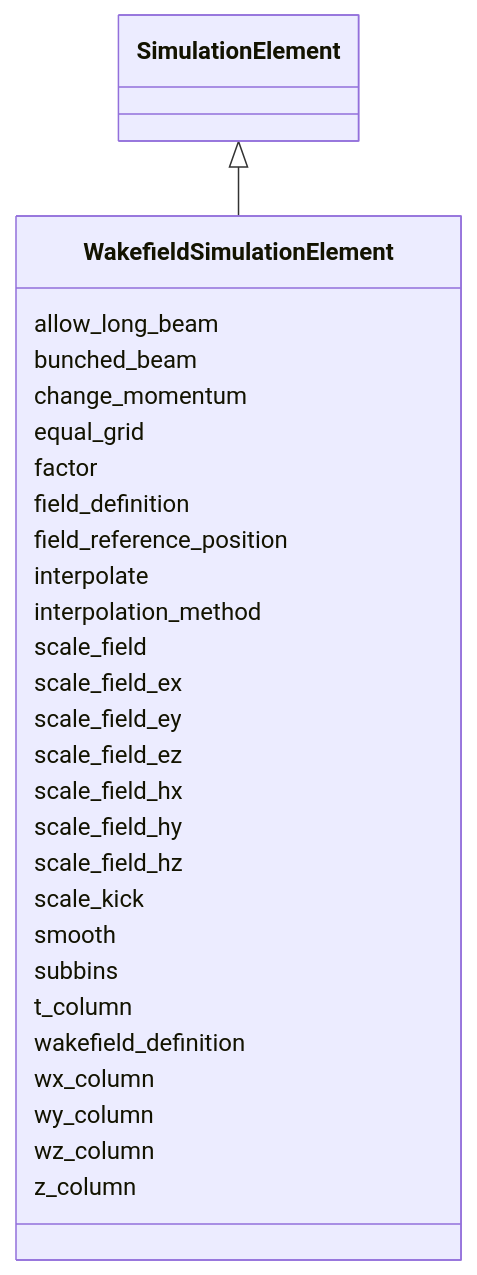
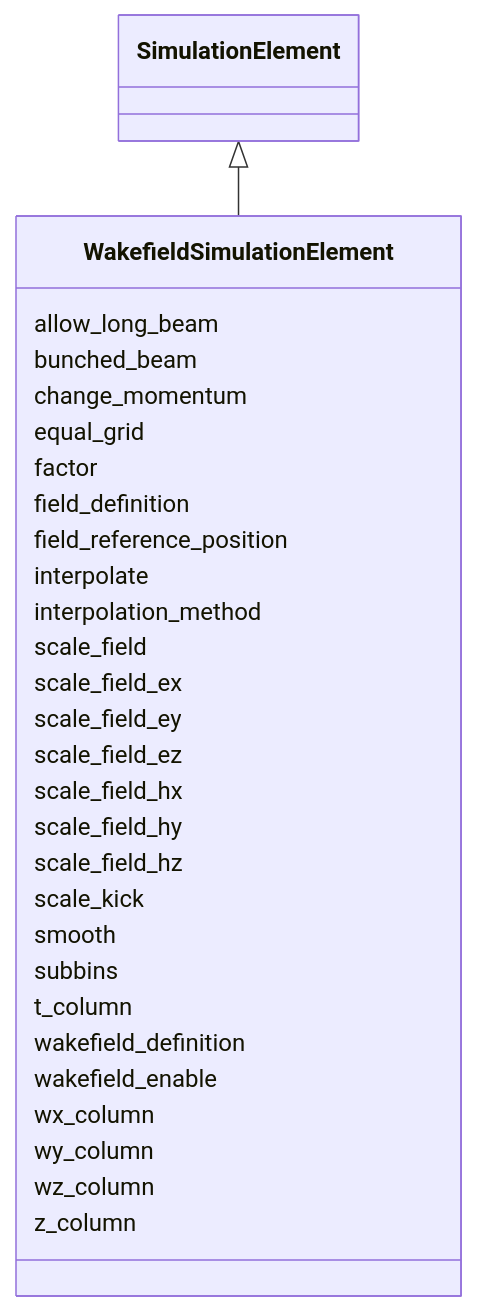
The diagram in docs/source/schema/WakefieldSimulationElement.md (astec-stfc/laura), drawn with Mermaid before and after one commit. The commit also changed other lines of this file and 47 other files, not shown here.

First line of the commit message:
Make functional parameters a schema concept; complete PR #4 merge

````diff
--- a/docs/source/schema/WakefieldSimulationElement.md
+++ b/docs/source/schema/WakefieldSimulationElement.md
@@ -23,59 +23,61 @@
 ```mermaid
  classDiagram
     class WakefieldSimulationElement
     click WakefieldSimulationElement href "../WakefieldSimulationElement/"
       SimulationElement <|-- WakefieldSimulationElement
         click SimulationElement href "../SimulationElement/"
       
       WakefieldSimulationElement : allow_long_beam
         
       WakefieldSimulationElement : bunched_beam
         
       WakefieldSimulationElement : change_momentum
         
       WakefieldSimulationElement : equal_grid
         
       WakefieldSimulationElement : factor
         
       WakefieldSimulationElement : field_definition
         
       WakefieldSimulationElement : field_reference_position
         
       WakefieldSimulationElement : interpolate
         
       WakefieldSimulationElement : interpolation_method
         
       WakefieldSimulationElement : scale_field
         
       WakefieldSimulationElement : scale_field_ex
         
       WakefieldSimulationElement : scale_field_ey
         
       WakefieldSimulationElement : scale_field_ez
         
       WakefieldSimulationElement : scale_field_hx
         
       WakefieldSimulationElement : scale_field_hy
         
       WakefieldSimulationElement : scale_field_hz
         
       WakefieldSimulationElement : scale_kick
         
       WakefieldSimulationElement : smooth
         
       WakefieldSimulationElement : subbins
         
       WakefieldSimulationElement : t_column
         
       WakefieldSimulationElement : wakefield_definition
         
+      WakefieldSimulationElement : wakefield_enable
+        
       WakefieldSimulationElement : wx_column
         
       WakefieldSimulationElement : wy_column
         
       WakefieldSimulationElement : wz_column
         
       WakefieldSimulationElement : z_column
         
       
 ```
````
